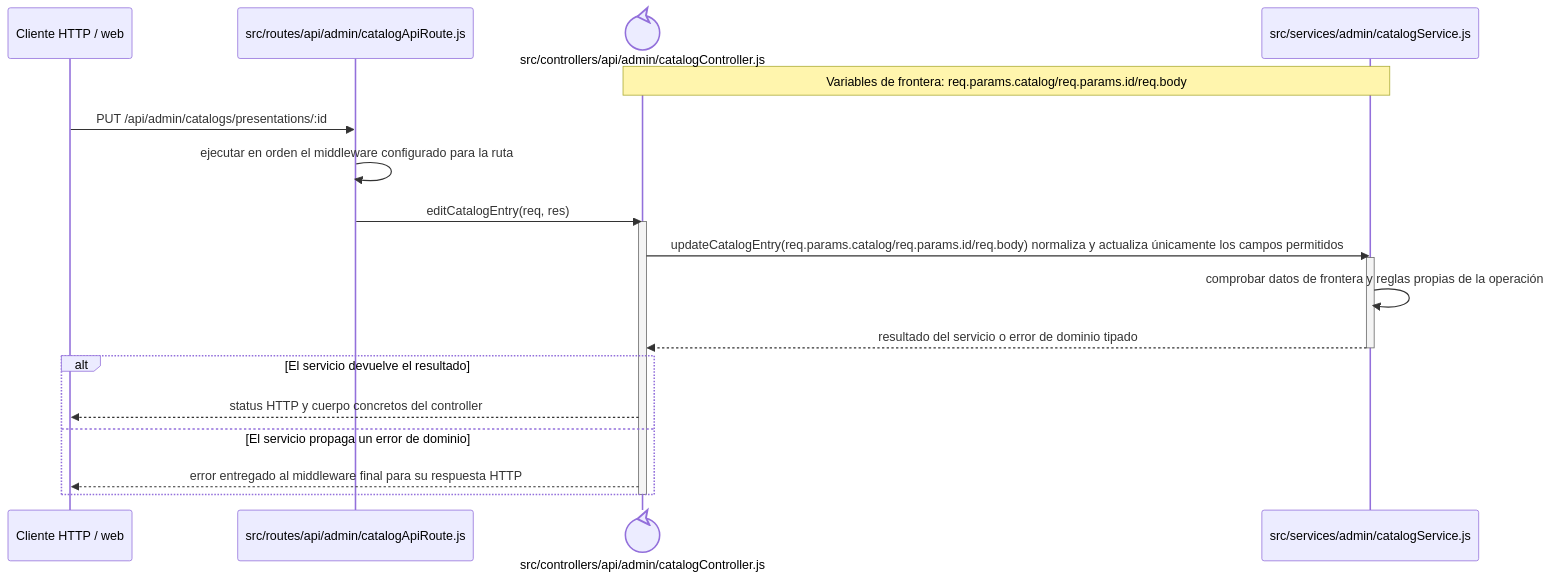
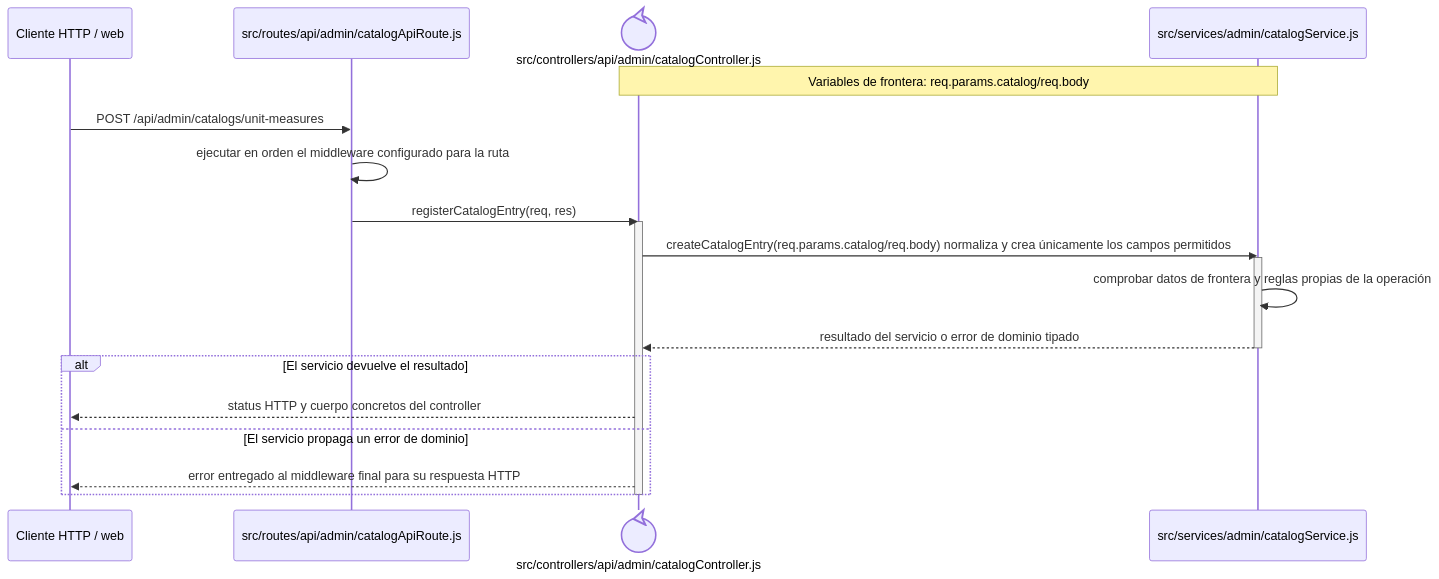
The diagram in docs/architecture/backend-code-sequences/catalogs/cu-cat-35.md (gpgsistemas01/nexus), drawn with Mermaid before and after one commit. The commit also changed other lines of this file and 207 other files, not shown here.

````diff
--- a/docs/architecture/backend-code-sequences/catalogs/cu-cat-35.md
+++ b/docs/architecture/backend-code-sequences/catalogs/cu-cat-35.md
@@ -6,24 +6,24 @@
 ```mermaid
 sequenceDiagram
     participant Client as Cliente HTTP / web
     participant Route as src/routes/api/admin/catalogApiRoute.js
     participant Controller@{ "type": "control" } as src/controllers/api/admin/catalogController.js
     participant Domain as src/services/admin/catalogService.js
-    Note over Controller,Domain: Variables de frontera: req.params.catalog/req.params.id/req.body
+    Note over Controller,Domain: Variables de frontera: req.params.catalog/req.body
 
-    Client->>Route: PUT /api/admin/catalogs/presentations/:id
+    Client->>Route: POST /api/admin/catalogs/unit-measures
     Route->>Route: ejecutar en orden el middleware configurado para la ruta
-    Route->>Controller: editCatalogEntry(req, res)
+    Route->>Controller: registerCatalogEntry(req, res)
     activate Controller
-    Controller->>Domain: updateCatalogEntry(req.params.catalog/req.params.id/req.body) normaliza y actualiza únicamente los campos permitidos
+    Controller->>Domain: createCatalogEntry(req.params.catalog/req.body) normaliza y crea únicamente los campos permitidos
     activate Domain
     Domain->>Domain: comprobar datos de frontera y reglas propias de la operación
     Domain-->>Controller: resultado del servicio o error de dominio tipado
     deactivate Domain
     alt El servicio devuelve el resultado
         Controller-->>Client: status HTTP y cuerpo concretos del controller
     else El servicio propaga un error de dominio
         Controller-->>Client: error entregado al middleware final para su respuesta HTTP
     end
     deactivate Controller
 ```
````
